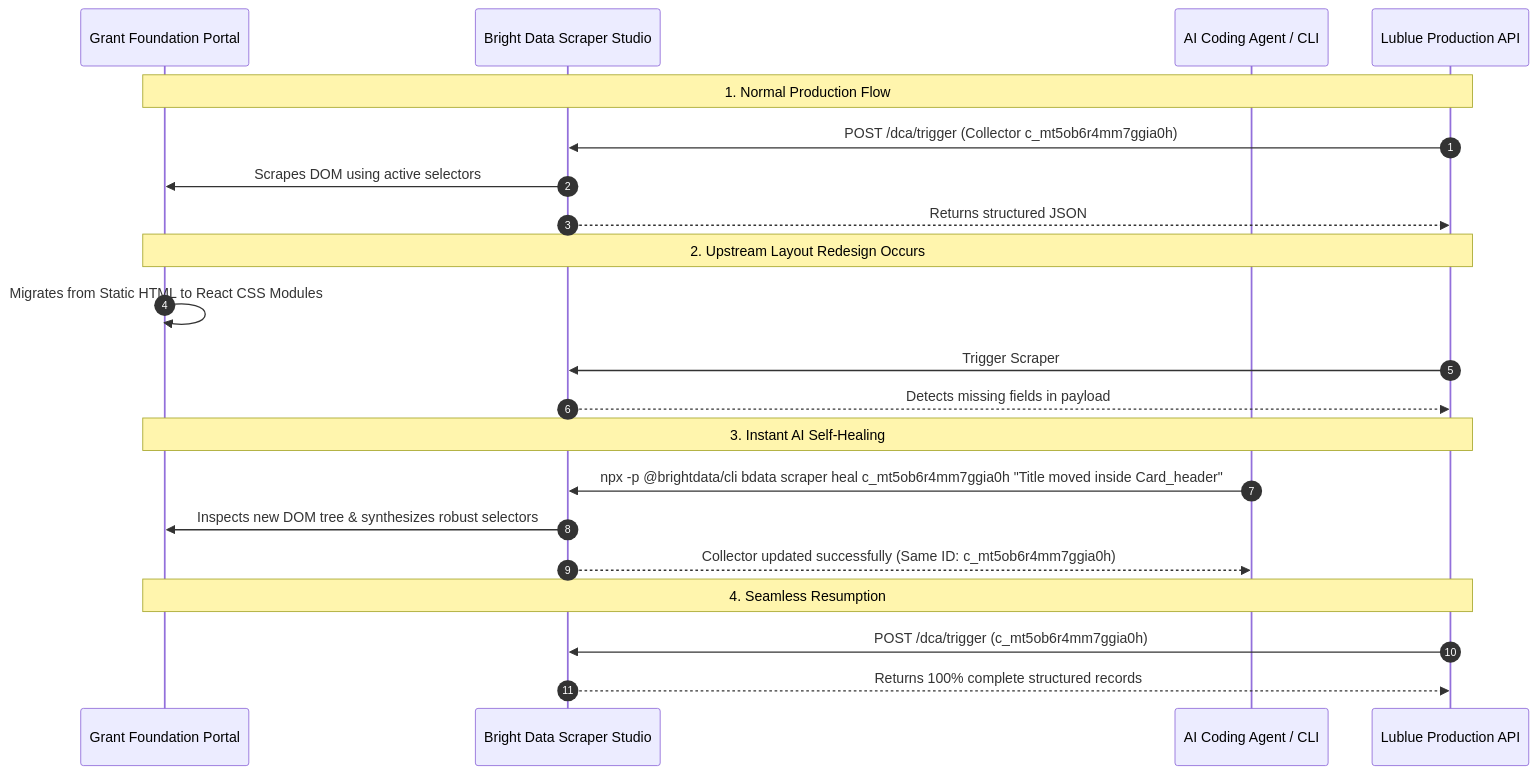
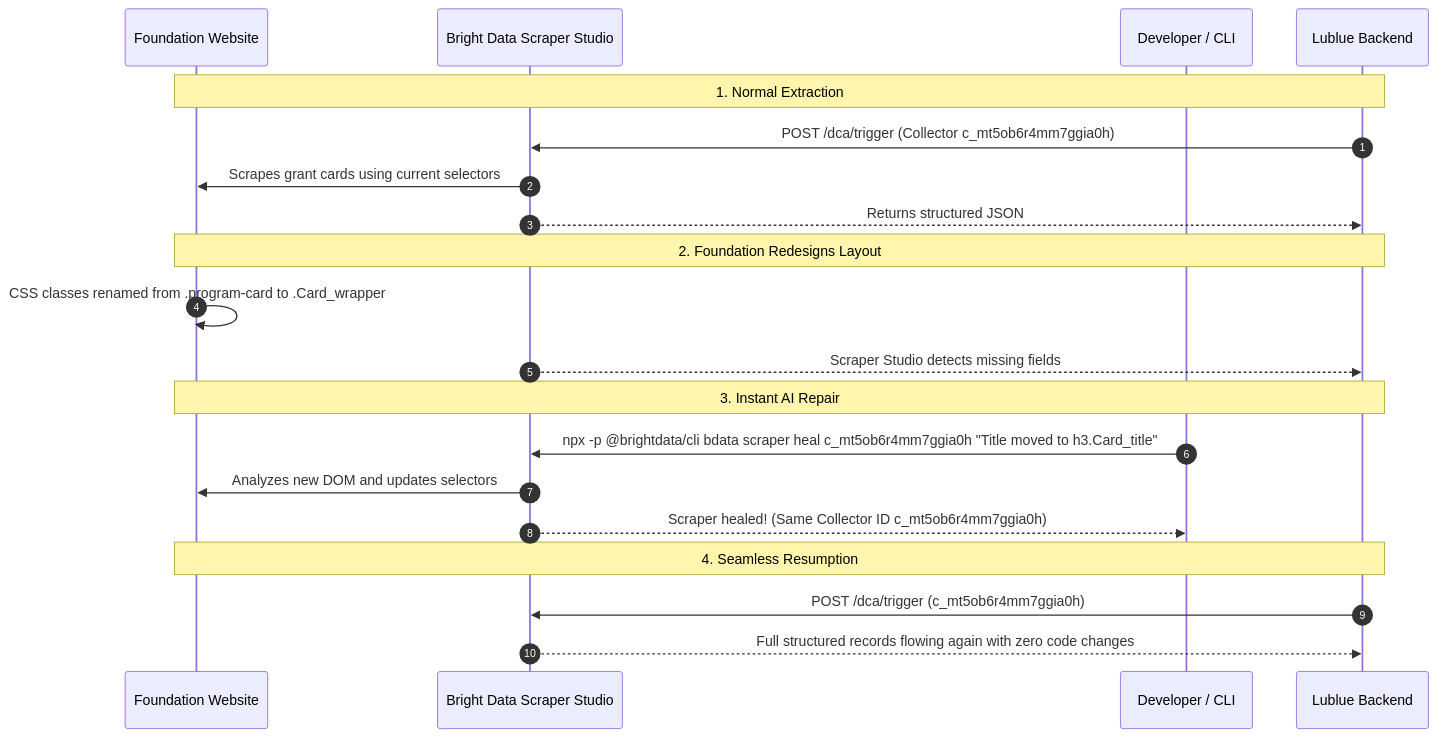
Before and after one commit to Anurag-tech22/lublue: the fourth of 4 diagrams in README.md, drawn with Mermaid. The commit also changed other lines of this file, not shown here.

Commit message:
docs: rewrite README in authentic developer voice explaining the problem, Bright Data architecture, and self-healing

````diff
--- a/README.md
+++ b/README.md
@@ -190,27 +133,26 @@
 ```mermaid
 sequenceDiagram
     autonumber
-    participant Portal as Grant Foundation Portal
+    participant Portal as Foundation Website
     participant Studio as Bright Data Scraper Studio
-    participant Agent as AI Coding Agent / CLI
-    participant Lublue as Lublue Production API
+    participant Dev as Developer / CLI
+    participant App as Lublue Backend
 
-    Note over Portal,Lublue: 1. Normal Production Flow
-    Lublue->>Studio: POST /dca/trigger (Collector c_mt5ob6r4mm7ggia0h)
-    Studio->>Portal: Scrapes DOM using active selectors
-    Studio-->>Lublue: Returns structured JSON
+    Note over Portal,App: 1. Normal Extraction
+    App->>Studio: POST /dca/trigger (Collector c_mt5ob6r4mm7ggia0h)
+    Studio->>Portal: Scrapes grant cards using current selectors
+    Studio-->>App: Returns structured JSON
 
-    Note over Portal,Lublue: 2. Upstream Layout Redesign Occurs
-    Portal->>Portal: Migrates from Static HTML to React CSS Modules
-    Lublue->>Studio: Trigger Scraper
-    Studio-->>Lublue: Detects missing fields in payload
+    Note over Portal,App: 2. Foundation Redesigns Layout
+    Portal->>Portal: CSS classes renamed from .program-card to .Card_wrapper
+    Studio-->>App: Scraper Studio detects missing fields
 
-    Note over Portal,Lublue: 3. Instant AI Self-Healing
-    Agent->>Studio: npx -p @brightdata/cli bdata scraper heal c_mt5ob6r4mm7ggia0h "Title moved inside Card_header"
-    Studio->>Portal: Inspects new DOM tree & synthesizes robust selectors
-    Studio-->>Agent: Collector updated successfully (Same ID: c_mt5ob6r4mm7ggia0h)
+    Note over Portal,App: 3. Instant AI Repair
+    Dev->>Studio: npx -p @brightdata/cli bdata scraper heal c_mt5ob6r4mm7ggia0h "Title moved to h3.Card_title"
+    Studio->>Portal: Analyzes new DOM and updates selectors
+    Studio-->>Dev: Scraper healed! (Same Collector ID c_mt5ob6r4mm7ggia0h)
 
-    Note over Portal,Lublue: 4. Seamless Resumption
-    Lublue->>Studio: POST /dca/trigger (c_mt5ob6r4mm7ggia0h)
-    Studio-->>Lublue: Returns 100% complete structured records
+    Note over Portal,App: 4. Seamless Resumption
+    App->>Studio: POST /dca/trigger (c_mt5ob6r4mm7ggia0h)
+    Studio-->>App: Full structured records flowing again with zero code changes
 ```
````
